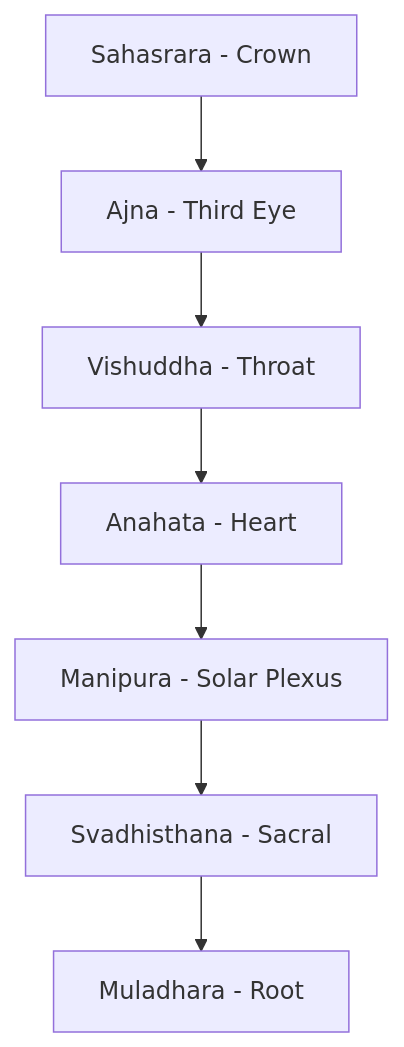
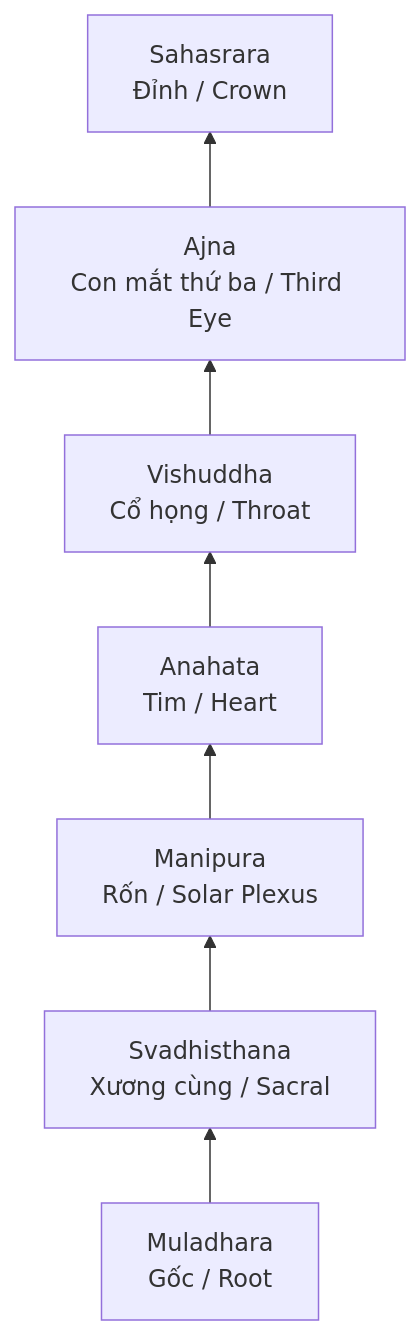
One commit to dyukahi/knowledge changed the first of 2 diagrams in esoterica/Chakra.md. Above: the diagram before and after it, drawn with Mermaid. The commit also changed other lines of this file and 5 other files, not shown here.

````diff
--- a/esoterica/Chakra.md
+++ b/esoterica/Chakra.md
@@ -18,12 +51,11 @@
 ```mermaid
-flowchart TB
-    C7[Sahasrara - Crown]
-    C6[Ajna - Third Eye]
-    C5[Vishuddha - Throat]
-    C4[Anahata - Heart]
-    C3[Manipura - Solar Plexus]
-    C2[Svadhisthana - Sacral]
-    C1[Muladhara - Root]
-    
-    C7 --> C6 --> C5 --> C4 --> C3 --> C2 --> C1
+flowchart BT
+    C1["Muladhara<br/>Gốc / Root"]
+    C2["Svadhisthana<br/>Xương cùng / Sacral"]
+    C3["Manipura<br/>Rốn / Solar Plexus"]
+    C4["Anahata<br/>Tim / Heart"]
+    C5["Vishuddha<br/>Cổ họng / Throat"]
+    C6["Ajna<br/>Con mắt thứ ba / Third Eye"]
+    C7["Sahasrara<br/>Đỉnh / Crown"]
+    C1 --> C2 --> C3 --> C4 --> C5 --> C6 --> C7
 ```
````
